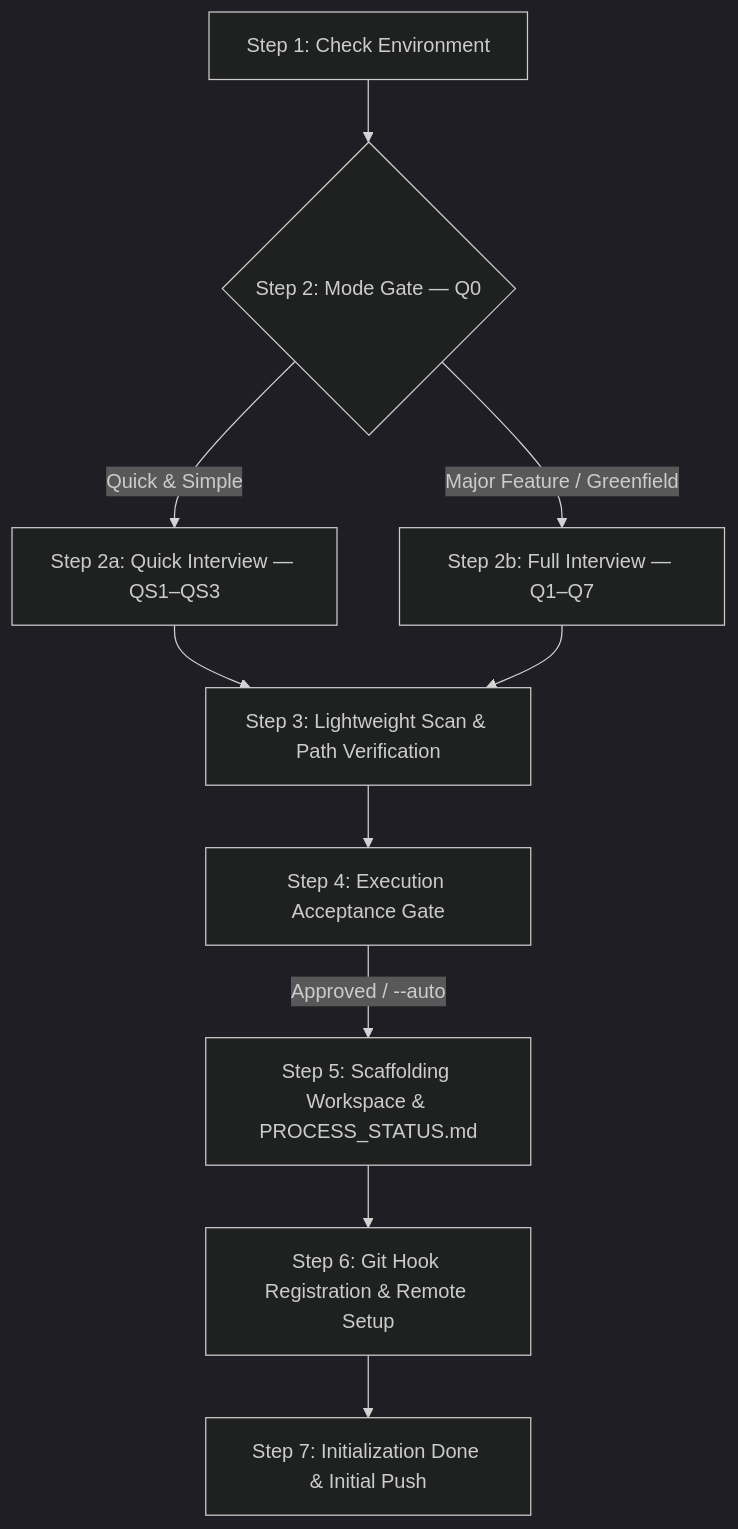
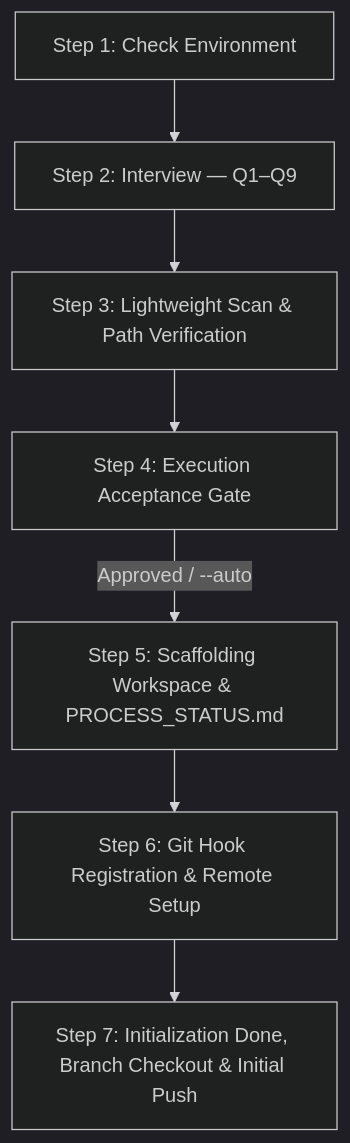
Before and after one commit to hrvthgergo/agent-driven-templates: the second of 2 diagrams in actions/init/init_action.md, drawn with Mermaid (dark theme). The commit also changed other lines of this file and 3 other files, not shown here.

````diff
--- a/actions/init/init_action.md
+++ b/actions/init/init_action.md
@@ -75,12 +75,9 @@
 ```mermaid
 graph TD
-    S1[Step 1: Check Environment] --> S2{Step 2: Mode Gate — Q0}
-    S2 -->|Quick & Simple| S2a[Step 2a: Quick Interview — QS1–QS3]
-    S2 -->|Major Feature / Greenfield| S2b[Step 2b: Full Interview — Q1–Q7]
-    S2a --> S3[Step 3: Lightweight Scan & Path Verification]
-    S2b --> S3
+    S1[Step 1: Check Environment] --> S2[Step 2: Interview — Q1–Q9]
+    S2 --> S3[Step 3: Lightweight Scan & Path Verification]
     S3 --> S4[Step 4: Execution Acceptance Gate]
     S4 -->|Approved / --auto| S5[Step 5: Scaffolding Workspace & PROCESS_STATUS.md]
     S5 --> S6[Step 6: Git Hook Registration & Remote Setup]
-    S6 --> S7[Step 7: Initialization Done & Initial Push]
+    S6 --> S7[Step 7: Initialization Done, Branch Checkout & Initial Push]
 ```
````
